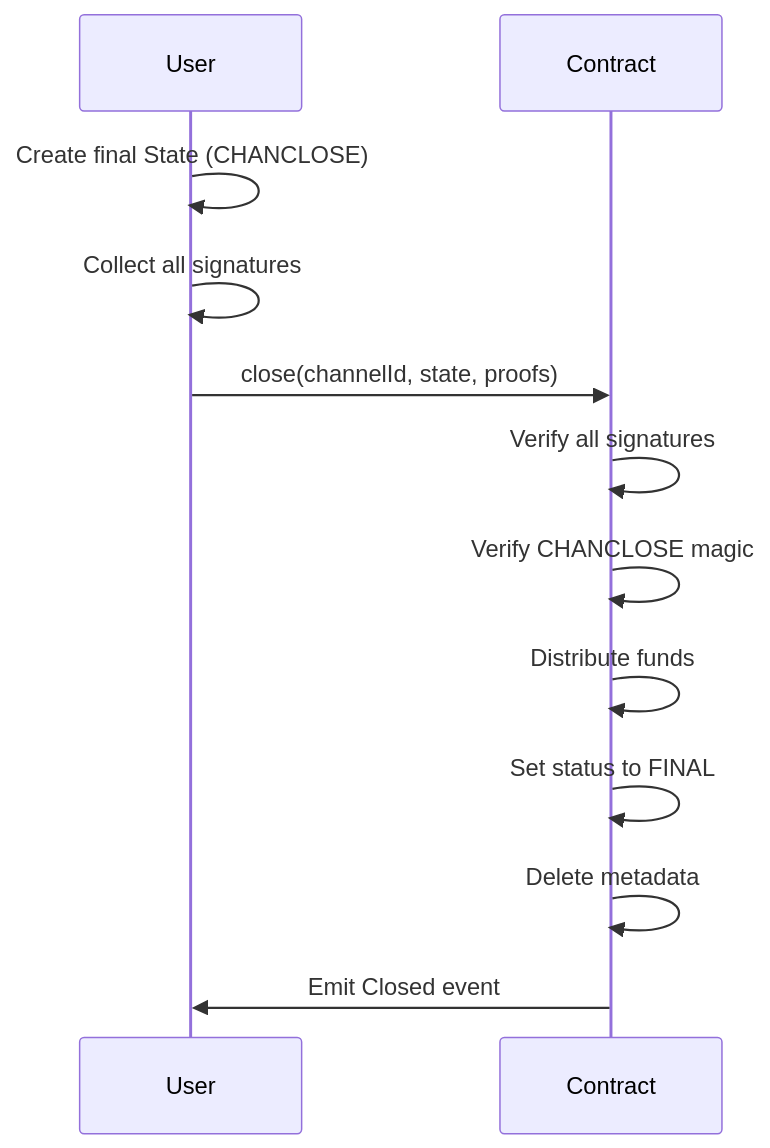
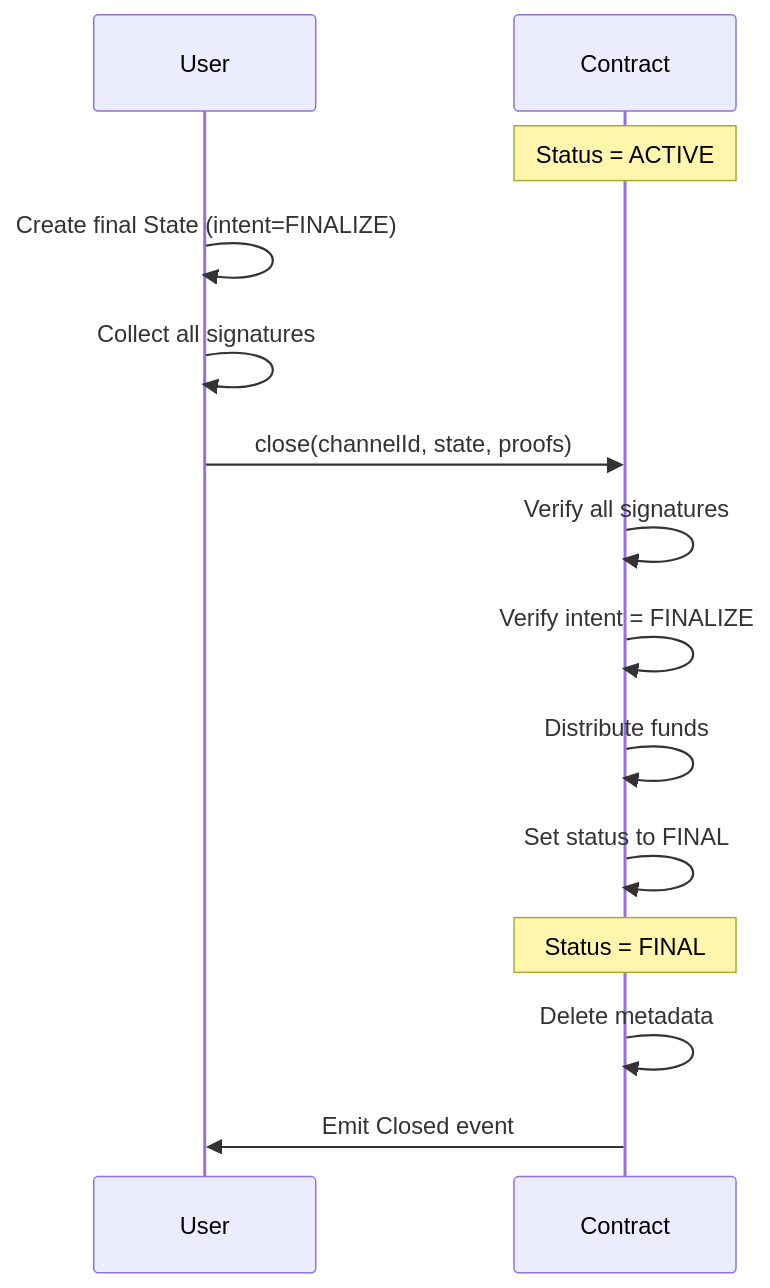
The fifth of 10 diagrams in docs/protocol/on-chain/channel-lifecycle.mdx (layer-3/docs), drawn with Mermaid before and after one commit. The commit also changed other lines of this file and 3 other files, not shown here.

````diff
--- a/docs/protocol/on-chain/channel-lifecycle.mdx
+++ b/docs/protocol/on-chain/channel-lifecycle.mdx
@@ -182,15 +212,17 @@
 ```mermaid
 sequenceDiagram
     participant User
     participant Contract
     
-    User->>User: Create final State (CHANCLOSE)
+    Note over Contract: Status = ACTIVE
+    User->>User: Create final State (intent=FINALIZE)
     User->>User: Collect all signatures
     User->>Contract: close(channelId, state, proofs)
     Contract->>Contract: Verify all signatures
-    Contract->>Contract: Verify CHANCLOSE magic
+    Contract->>Contract: Verify intent = FINALIZE
     Contract->>Contract: Distribute funds
     Contract->>Contract: Set status to FINAL
+    Note over Contract: Status = FINAL
     Contract->>Contract: Delete metadata
     Contract->>User: Emit Closed event
 ```
````
